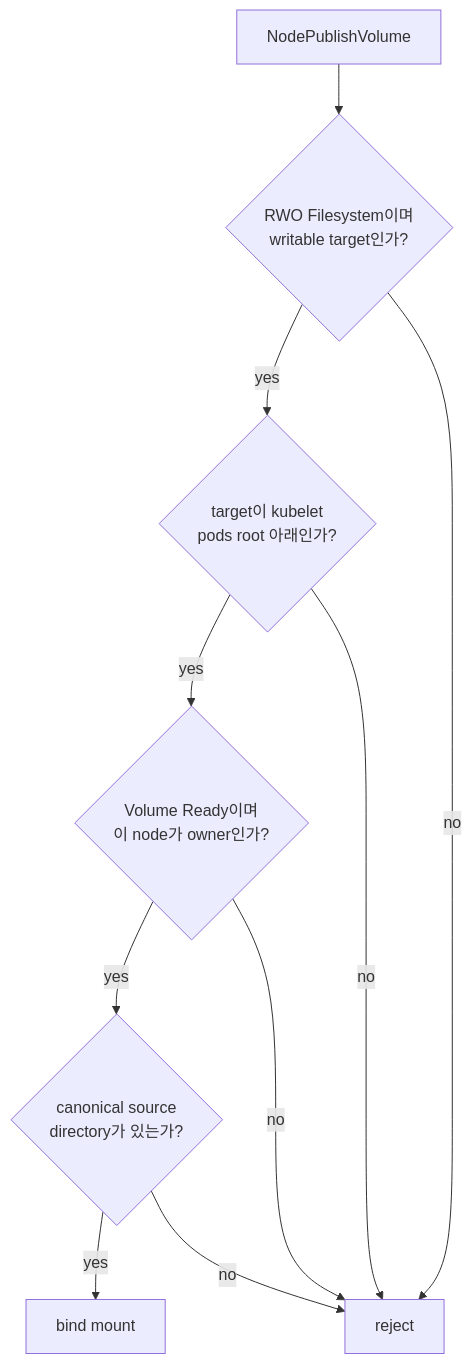
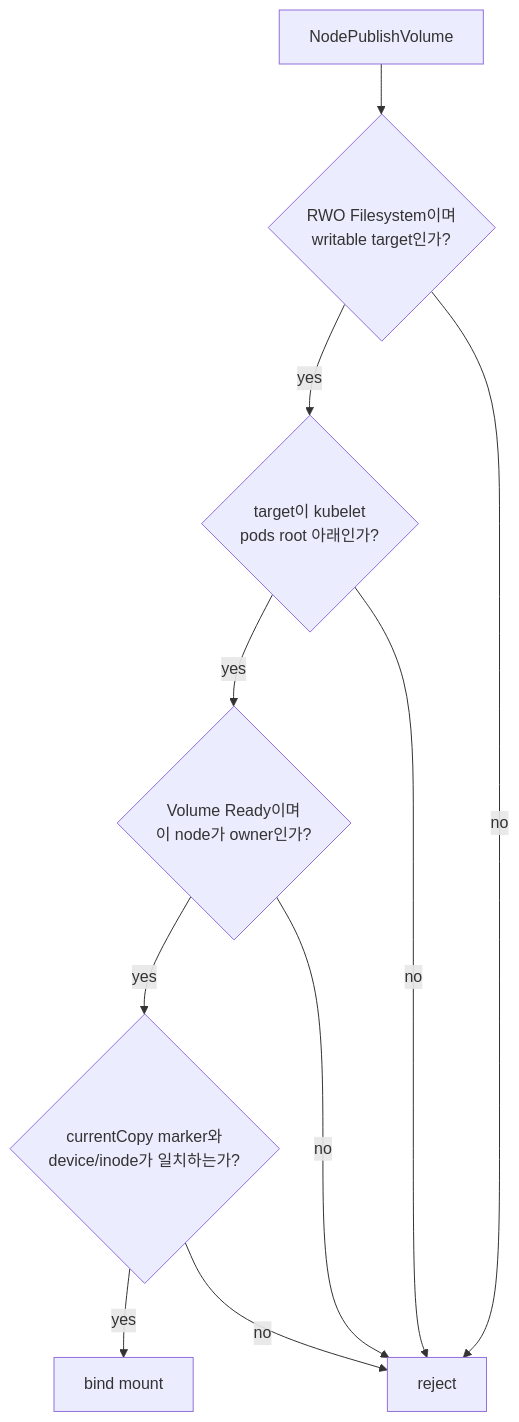
Before and after one commit to cagojeiger/ShiftPV: the third of 3 diagrams in docs/spec/csi-driver.md, drawn with Mermaid. The commit also changed other lines of this file and 166 other files, not shown here.

````diff
--- a/docs/spec/csi-driver.md
+++ b/docs/spec/csi-driver.md
@@ -114,12 +117,12 @@
 ```mermaid
 flowchart TD
     REQ[NodePublishVolume] --> CAP{RWO Filesystem이며<br/>writable target인가?}
     CAP -->|yes| PATH{target이 kubelet<br/>pods root 아래인가?}
     PATH -->|yes| STATE{Volume Ready이며<br/>이 node가 owner인가?}
-    STATE -->|yes| DIR{canonical source<br/>directory가 있는가?}
+    STATE -->|yes| DIR{currentCopy marker와<br/>device/inode가 일치하는가?}
     DIR -->|yes| MOUNT[bind mount]
     CAP -->|no| DENY[reject]
     PATH -->|no| DENY
     STATE -->|no| DENY
     DIR -->|no| DENY
 ```
````
